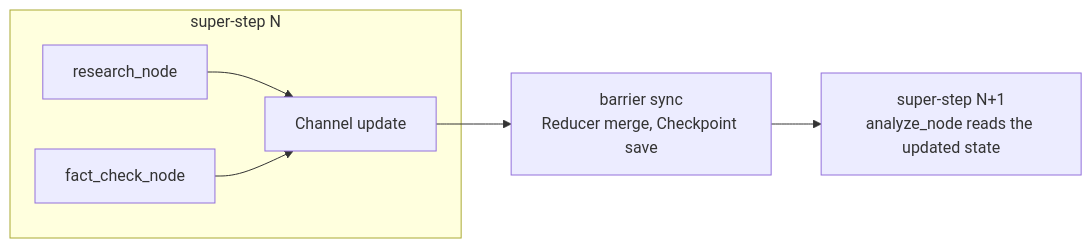
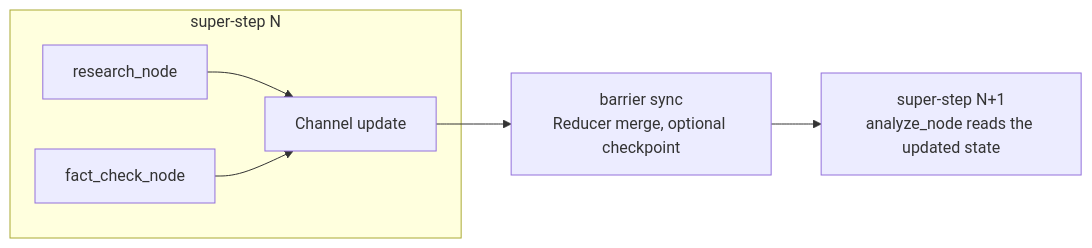
One commit to kukjun/blog changed the diagram in src/content/blog/en/langgraph-pregel.md. Above: the diagram before and after it, drawn with Mermaid. The commit also changed other lines of this file and 32 other files, not shown here.

````diff
--- a/src/content/blog/en/langgraph-pregel.md
+++ b/src/content/blog/en/langgraph-pregel.md
@@ -146,9 +145,9 @@
 ```mermaid
 flowchart LR
   subgraph s1["super-step N"]
     A1["research_node"] --> CH["Channel update"]
     B1["fact_check_node"] --> CH
   end
-  CH --> BAR["barrier sync<br/>Reducer merge, Checkpoint save"]
+  CH --> BAR["barrier sync<br/>Reducer merge, optional checkpoint"]
   BAR --> s2["super-step N+1<br/>analyze_node reads the updated state"]
 ```
````
